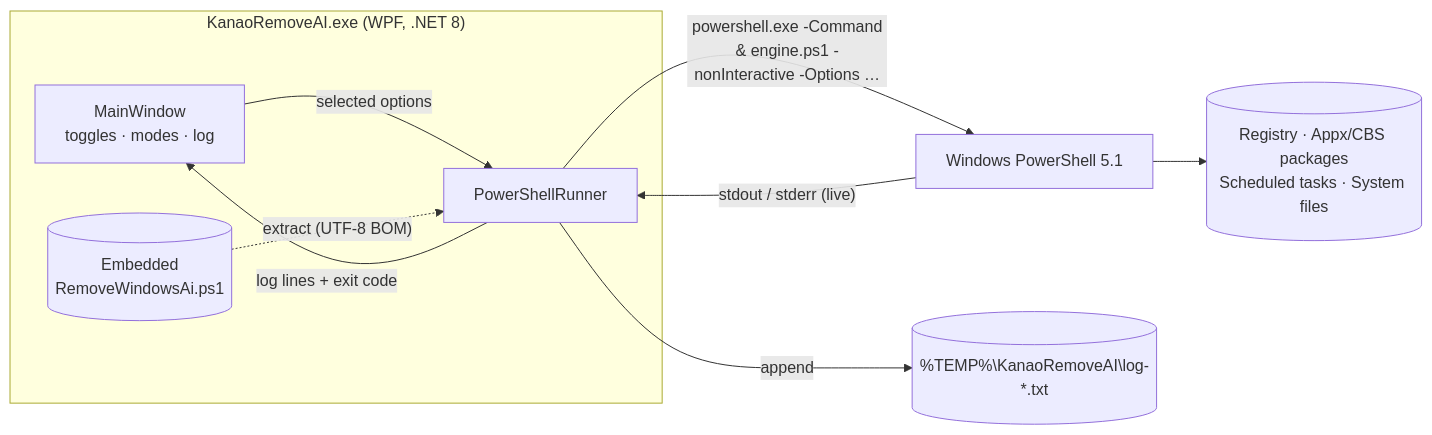
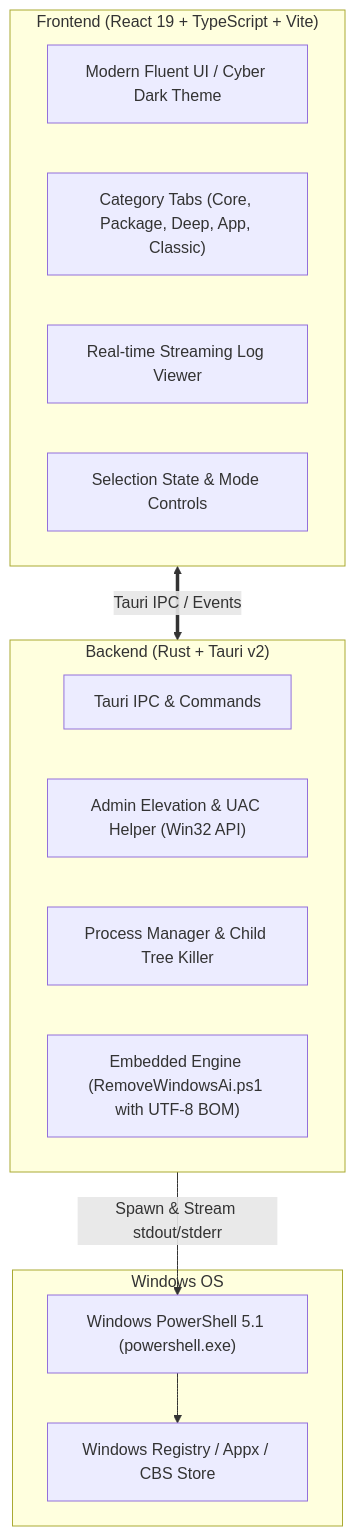
One commit to adisorn6302565/KANAO-Remove-AI changed the diagram in README.md. Above: the diagram before and after it, drawn with Mermaid. The commit also changed other lines of this file and 64 other files, not shown here.

First line of the commit message:
Import Tauri v2 rewrite of KANAO Remove AI

````diff
--- a/README.md
+++ b/README.md
@@ -78,15 +39,25 @@
 ```mermaid
-flowchart LR
-    subgraph EXE["KanaoRemoveAI.exe (WPF, .NET 8)"]
-        UI["MainWindow<br/>toggles · modes · log"]
-        R["PowerShellRunner"]
-        RES[("Embedded<br/>RemoveWindowsAi.ps1")]
-        UI -- "selected options" --> R
-        RES -. "extract (UTF-8 BOM)" .-> R
+flowchart TD
+    subgraph Frontend["Frontend (React 19 + TypeScript + Vite)"]
+        UI["Modern Fluent UI / Cyber Dark Theme"]
+        Tabs["Category Tabs (Core, Package, Deep, App, Classic)"]
+        Console["Real-time Streaming Log Viewer"]
+        State["Selection State & Mode Controls"]
     end
-    R -- "powershell.exe -Command<br/>& engine.ps1 -nonInteractive -Options …" --> PS["Windows PowerShell 5.1"]
-    PS -- "stdout / stderr (live)" --> R
-    R -- "log lines + exit code" --> UI
-    R -- "append" --> LOG[("%TEMP%\KanaoRemoveAI\log-*.txt")]
-    PS --> WIN[("Registry · Appx/CBS packages<br/>Scheduled tasks · System files")]
+
+    subgraph Backend["Backend (Rust + Tauri v2)"]
+        Tauri["Tauri IPC & Commands"]
+        Admin["Admin Elevation & UAC Helper (Win32 API)"]
+        Proc["Process Manager & Child Tree Killer"]
+        Script["Embedded Engine (RemoveWindowsAi.ps1 with UTF-8 BOM)"]
+    end
+
+    subgraph System["Windows OS"]
+        PS["Windows PowerShell 5.1 (powershell.exe)"]
+        Reg["Windows Registry / Appx / CBS Store"]
+    end
+
+    Frontend <==>|Tauri IPC / Events| Backend
+    Backend -->|Spawn & Stream stdout/stderr| PS
+    PS --> Reg
 ```
````
